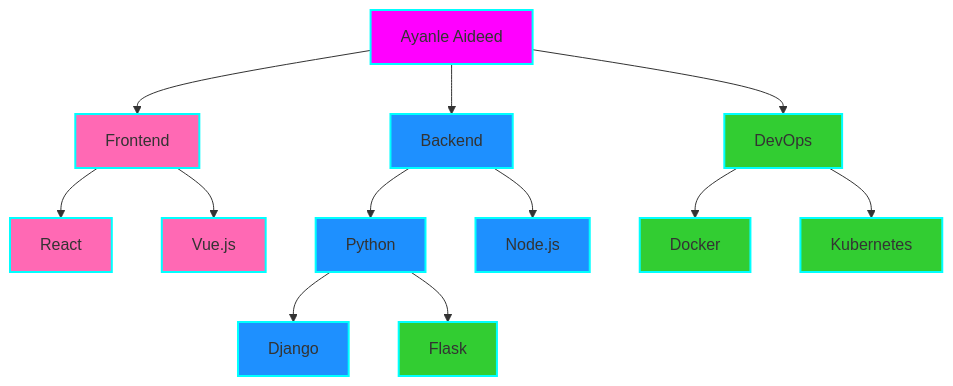
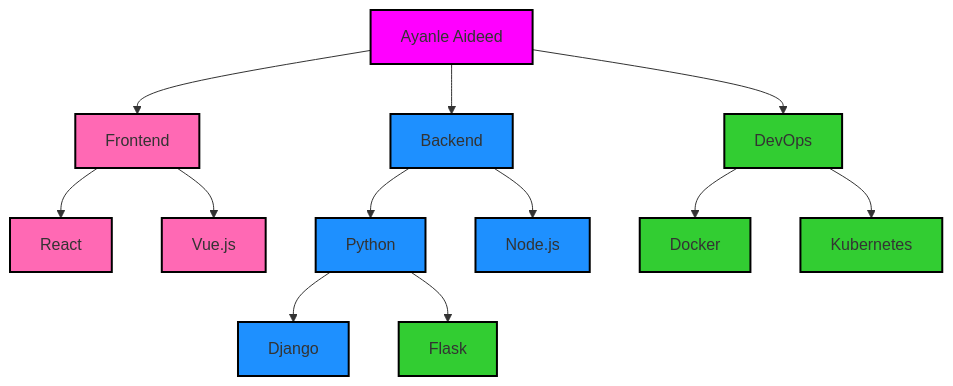
Before and after one commit to Ayanleaideed/Ayanleaideed: the third of 3 diagrams in README.md, drawn with Mermaid.

````diff
--- a/README.md
+++ b/README.md
@@ -100,26 +100,26 @@
 ```mermaid
 graph TD
     A[Ayanle Aideed] --> B[Frontend]
     A --> C[Backend]
     A --> D[DevOps]
     B --> E[React]
     B --> F[Vue.js]
     C --> G[Python]
     C --> H[Node.js]
     D --> I[Docker]
     D --> J[Kubernetes]
     G --> L[Django]
     G --> M[Flask]
-    style A fill:#FF00FF,stroke:#00FFFF,stroke-width:2px
-    style B fill:#FF69B4,stroke:#00FFFF,stroke-width:2px
-    style C fill:#1E90FF,stroke:#00FFFF,stroke-width:2px
-    style D fill:#32CD32,stroke:#00FFFF,stroke-width:2px
-    style E fill:#FF69B4,stroke:#00FFFF,stroke-width:2px
-    style F fill:#FF69B4,stroke:#00FFFF,stroke-width:2px
-    style G fill:#1E90FF,stroke:#00FFFF,stroke-width:2px
-    style H fill:#1E90FF,stroke:#00FFFF,stroke-width:2px
-    style I fill:#32CD32,stroke:#00FFFF,stroke-width:2px
-    style J fill:#32CD32,stroke:#00FFFF,stroke-width:2px
-    style L fill:#1E90FF,stroke:#00FFFF,stroke-width:2px
-    style M fill:#32CD32,stroke:#00FFFF,stroke-width:2px
+    style A fill:#FF00FF,stroke:#000000,stroke-width:2px
+    style B fill:#FF69B4,stroke:#000000,stroke-width:2px
+    style C fill:#1E90FF,stroke:#000000,stroke-width:2px
+    style D fill:#32CD32,stroke:#000000,stroke-width:2px
+    style E fill:#FF69B4,stroke:#000000,stroke-width:2px
+    style F fill:#FF69B4,stroke:#000000,stroke-width:2px
+    style G fill:#1E90FF,stroke:#000000,stroke-width:2px
+    style H fill:#1E90FF,stroke:#000000,stroke-width:2px
+    style I fill:#32CD32,stroke:#000000,stroke-width:2px
+    style J fill:#32CD32,stroke:#000000,stroke-width:2px
+    style L fill:#1E90FF,stroke:#000000,stroke-width:2px
+    style M fill:#32CD32,stroke:#000000,stroke-width:2px
 ```
````
